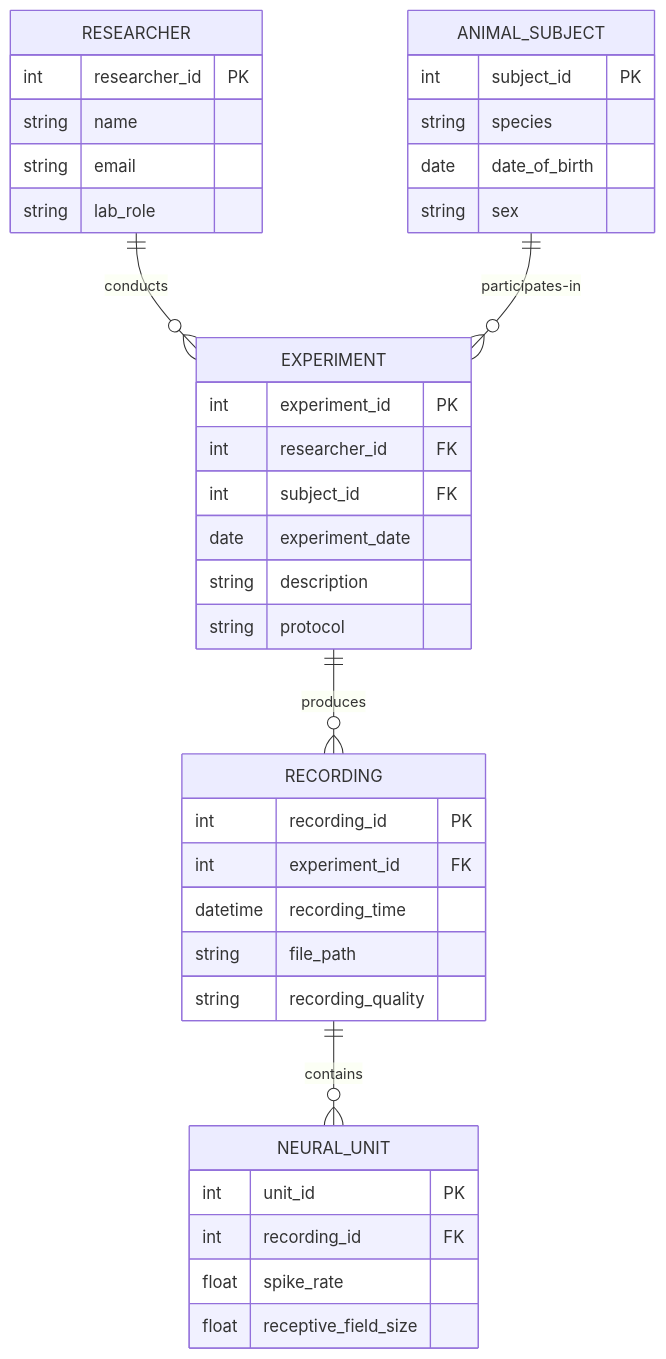
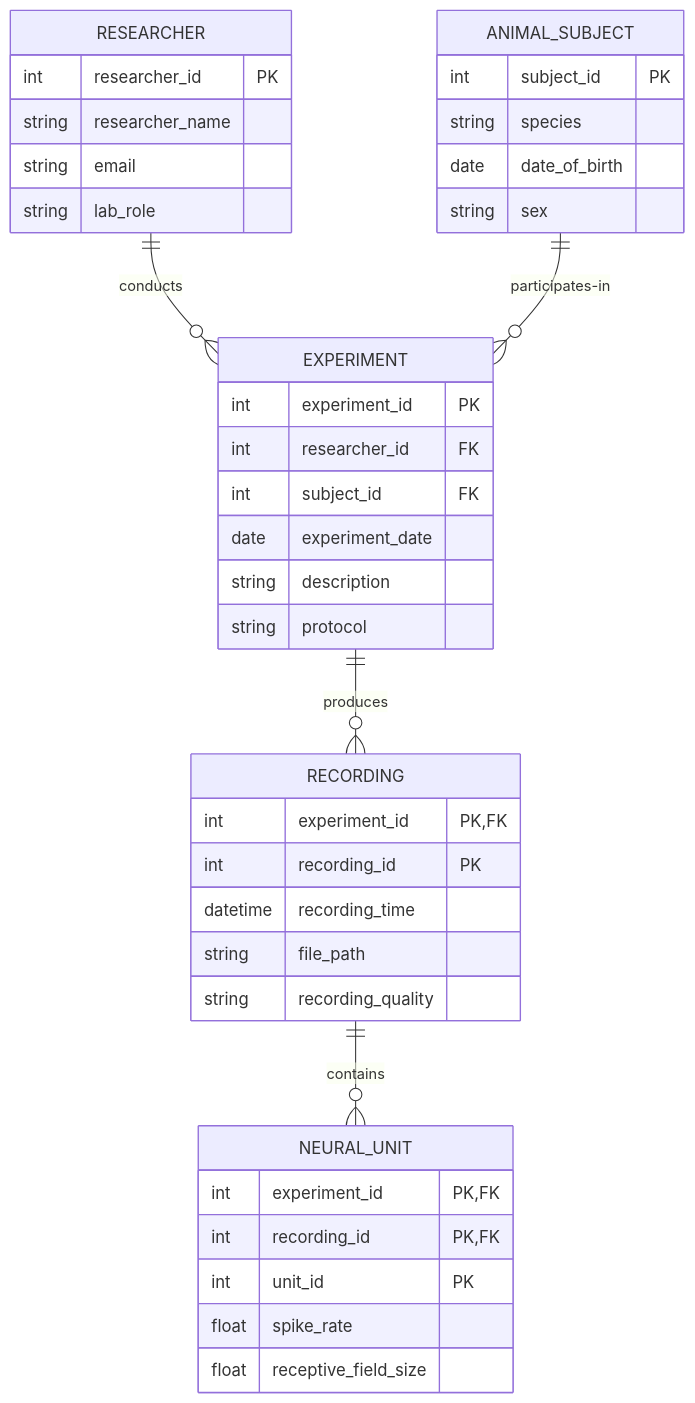
The diagram in book/20-concepts/03-relational-practice.md (dimitri-yatsenko/datajoint-book), drawn with Mermaid before and after one commit. The commit also changed other lines of this file and 3 other files, not shown here.

````diff
--- a/book/20-concepts/03-relational-practice.md
+++ b/book/20-concepts/03-relational-practice.md
@@ -61,45 +61,46 @@
 ```{mermaid}
 erDiagram
     RESEARCHER ||--o{ EXPERIMENT : conducts
     ANIMAL_SUBJECT ||--o{ EXPERIMENT : "participates-in"
     EXPERIMENT ||--o{ RECORDING : produces
     RECORDING ||--o{ NEURAL_UNIT : contains
     
     RESEARCHER {
         int researcher_id PK
-        string name
+        string researcher_name
         string email
         string lab_role
     }
     
     ANIMAL_SUBJECT {
         int subject_id PK
         string species
         date date_of_birth
         string sex
     }
     
     EXPERIMENT {
         int experiment_id PK
         int researcher_id FK
         int subject_id FK
         date experiment_date
         string description
         string protocol
     }
     
     RECORDING {
+        int experiment_id PK, FK
         int recording_id PK
-        int experiment_id FK
         datetime recording_time
         string file_path
         string recording_quality
     }
     
     NEURAL_UNIT {
+        int experiment_id PK, FK
+        int recording_id PK, FK        
         int unit_id PK
-        int recording_id FK
         float spike_rate
         float receptive_field_size
     }
 ```
````
